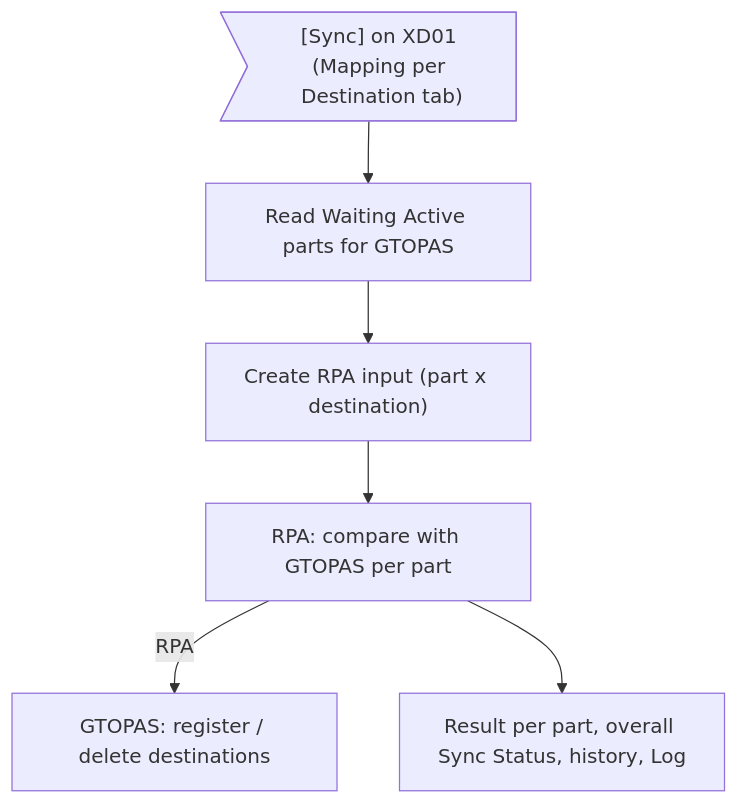
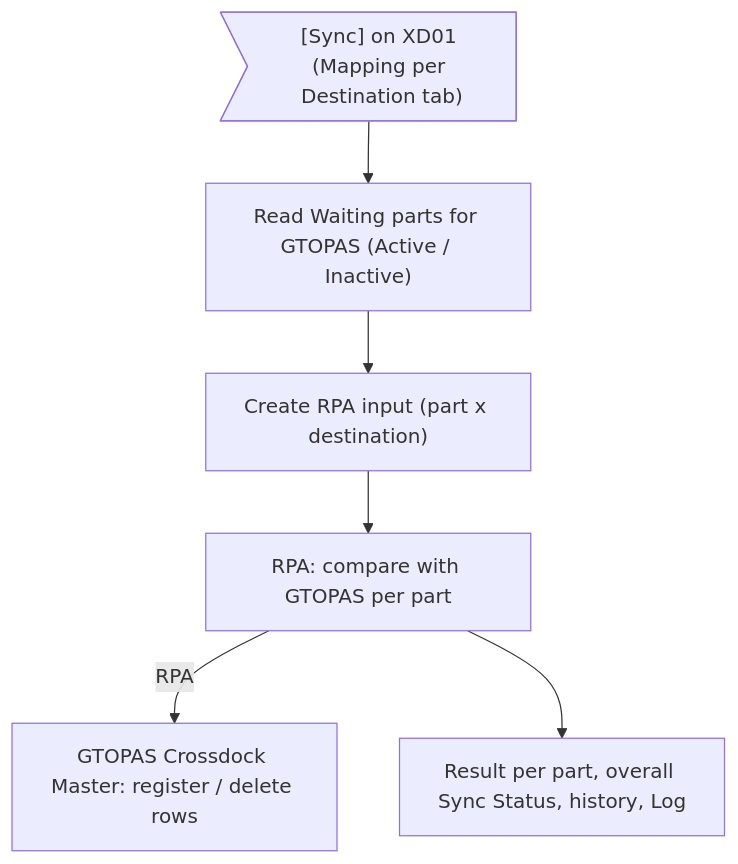
Before and after one commit to ivanrayhannn/crossdockpoc: the first of 2 diagrams in prepare_code/uiss/XD06_Batch_IFCrossDockMasterToGTOPAS.md, drawn with Mermaid. The commit also changed other lines of this file and 13 other files, not shown here.

First line of the commit message:
XD06 / XD07: Inactive part is deleted in GTOPAS, AP POLE not changed

````diff
--- a/prepare_code/uiss/XD06_Batch_IFCrossDockMasterToGTOPAS.md
+++ b/prepare_code/uiss/XD06_Batch_IFCrossDockMasterToGTOPAS.md
@@ -26,14 +26,14 @@
 ```mermaid
 flowchart TB
   a>"[Sync] on XD01 (Mapping per Destination tab)"]
-  b["Read Waiting Active parts for GTOPAS"]
+  b["Read Waiting parts for GTOPAS (Active / Inactive)"]
   c["Create RPA input (part x destination)"]
   e["RPA: compare with GTOPAS per part"]
-  t["GTOPAS: register / delete destinations"]
+  t["GTOPAS Crossdock Master: register / delete rows"]
   f["Result per part, overall Sync Status, history, Log"]
   a --> b
   b --> c
   c --> e
   e -->|RPA| t
   e --> f
 ```
````
